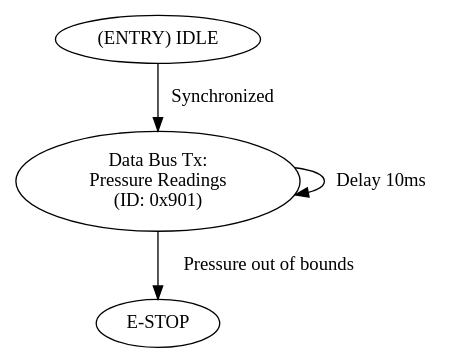
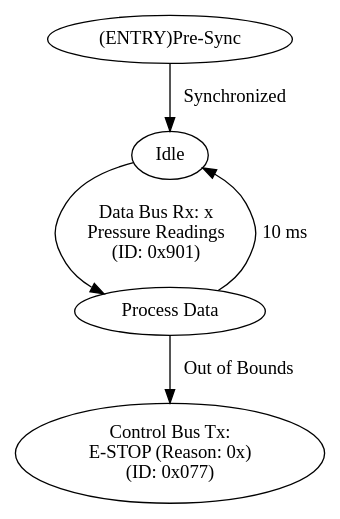
One commit to umdloop/state-machines changed the diagram in high-voltage/pressure.dot. Above: the diagram before and after it, drawn with Graphviz. The commit also changed 3 other files, not shown here.

```diff
--- a/high-voltage/pressure.dot
+++ b/high-voltage/pressure.dot
@@ -1,9 +1,12 @@
 digraph {
-	S00 [label="(ENTRY) IDLE"];
-    S01 [label="Data Bus Tx:\nPressure Readings\n(ID: 0x901)"];
-    S02 [label="E-STOP"];
+S41		[label="(ENTRY)Pre-Sync"];
+S42		[label="Idle"];
+S43		[label="Process Data"];
+S44		[label="Control Bus Tx:\nE-STOP (Reason: 0x)\n(ID: 0x077)"];
 
-	S00 -> S01 [label="Synchronized"];
-    S01 -> S01 [label="Delay 10ms"];
-    S01 -> S02 [label="Pressure out of bounds"];
+S41 -> S42     [label="Synchronized"];
+S42 -> S43     [label="Data Bus Rx: x\nPressure Readings\n(ID: 0x901)\n"];
+S43 -> S44     [label="Out of Bounds"];
+
+S43 -> S42     [label="10 ms"];
 }
```
